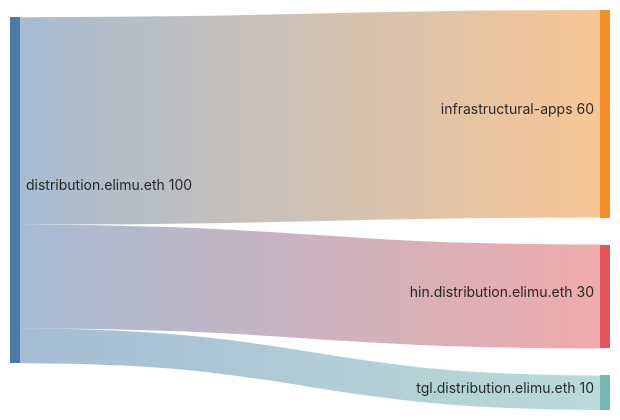
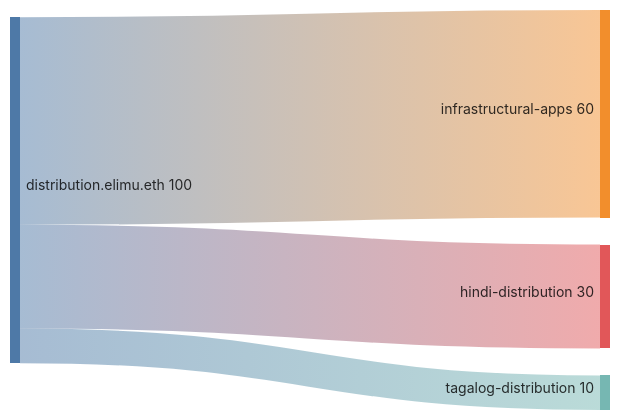
Before and after one commit to elimu-ai/web3-wiki: the third of 3 diagrams in DRIP_LIST_FUNDING_SPLITS.md, drawn with Mermaid. The commit also changed other lines of this file, not shown here.

````diff
--- a/DRIP_LIST_FUNDING_SPLITS.md
+++ b/DRIP_LIST_FUNDING_SPLITS.md
@@ -97,8 +97,8 @@
 ```mermaid
 sankey-beta
 
 %% source,target,value
 distribution.elimu.eth,infrastructural-apps,60
-distribution.elimu.eth,hin.distribution.elimu.eth,30
-distribution.elimu.eth,tgl.distribution.elimu.eth,10
+distribution.elimu.eth,hindi-distribution,30
+distribution.elimu.eth,tagalog-distribution,10
 ```
````
